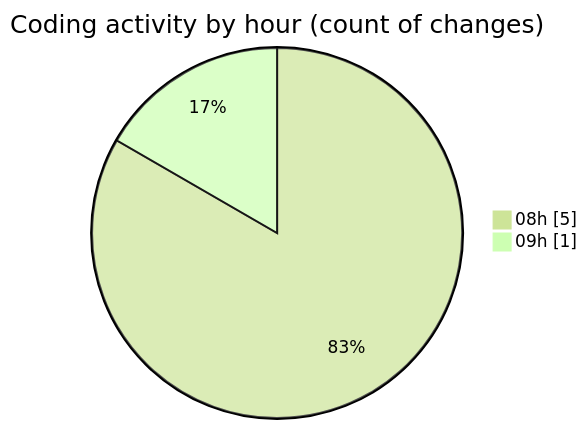
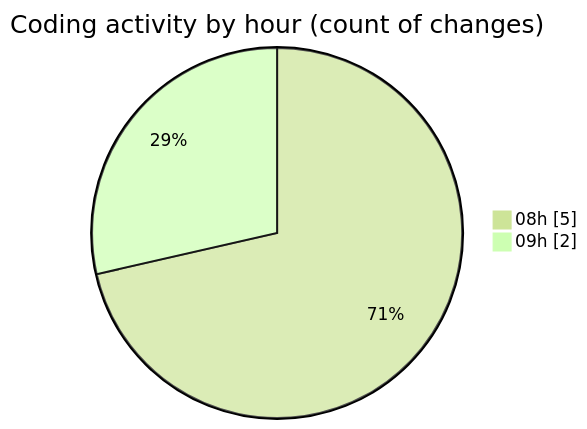
One commit to LanceThiago/code-tracking changed the second of 2 diagrams in 2026-08-31/web/README.md. Above: the diagram before and after it, drawn with Mermaid (forest theme). The commit also changed other lines of this file and 1 other file, not shown here.

````diff
--- a/2026-08-31/web/README.md
+++ b/2026-08-31/web/README.md
@@ -28,6 +29,6 @@
 ```mermaid
 pie showData
 title Coding activity by hour (count of changes)
 "08h" : 5
-"09h" : 1
+"09h" : 2
 ```
````
